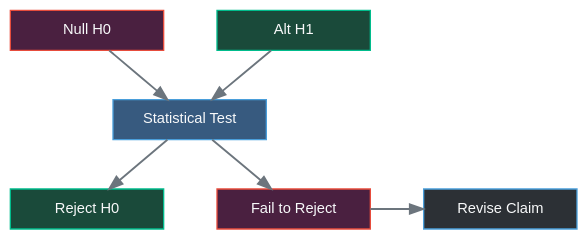
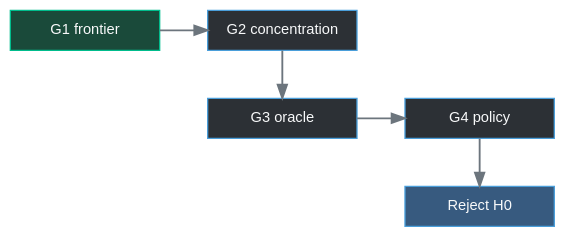
One commit to HongyuCao3/dmllm-refresh-frontier changed the first of 2 diagrams in docs/claims.qmd. Above: the diagram before and after it, drawn with Graphviz. The commit also changed other lines of this file and 24 other files, not shown here.

````diff
--- a/docs/claims.qmd
+++ b/docs/claims.qmd
@@ -14,35 +18,19 @@
 ```{dot}
 //| label: fig-hypothesis
-//| fig-cap: "Hypothesis structure: null vs. alternative"
+//| fig-cap: "Gates G1 to G4 lead from reproduction to a policy win"
 //| fig-width: 7
 //| fig-height: 2.8
 digraph G {
   bgcolor="transparent"
   rankdir=TB
-  graph [ranksep=0.52, nodesep=0.55]
+  graph [ranksep=0.5, nodesep=0.5]
   node [style=filled, fillcolor="#2c3035", color="#4a9eda",
         fontcolor="#f8f9fa", fontname="Arial", fontsize=11,
-        shape=box, width=1.6, height=0.42]
+        shape=box, width=1.55, height=0.42]
   edge [color="#6c757d", penwidth=1.4]
-
-  subgraph row1 {
-    rank=same
-    Null [label="Null H0", fillcolor="#4a2040", color="#e74c3c"]
-    Alt  [label="Alt H1", fillcolor="#1a4a3a", color="#00bc8c"]
-  }
-  subgraph row2 {
-    rank=same
-    Test [label="Statistical Test", fillcolor="#375a7f"]
-  }
-  subgraph row3 {
-    rank=same
-    Reject [label="Reject H0", fillcolor="#1a4a3a", color="#00bc8c"]
-    Fail   [label="Fail to Reject", fillcolor="#4a2040", color="#e74c3c"]
-    Revise [label="Revise Claim"]
-  }
-
-  Null -> Test  Alt -> Test
-  Test -> Reject  Test -> Fail
-  Fail -> Revise
+  {rank=same; G1 [label="G1 frontier", fillcolor="#1a4a3a", color="#00bc8c"]; G2 [label="G2 concentration"]}
+  {rank=same; G3 [label="G3 oracle"]; G4 [label="G4 policy"]}
+  H [label="Reject H0", fillcolor="#375a7f"]
+  G1 -> G2 -> G3 -> G4 -> H
 }
 ```
````
